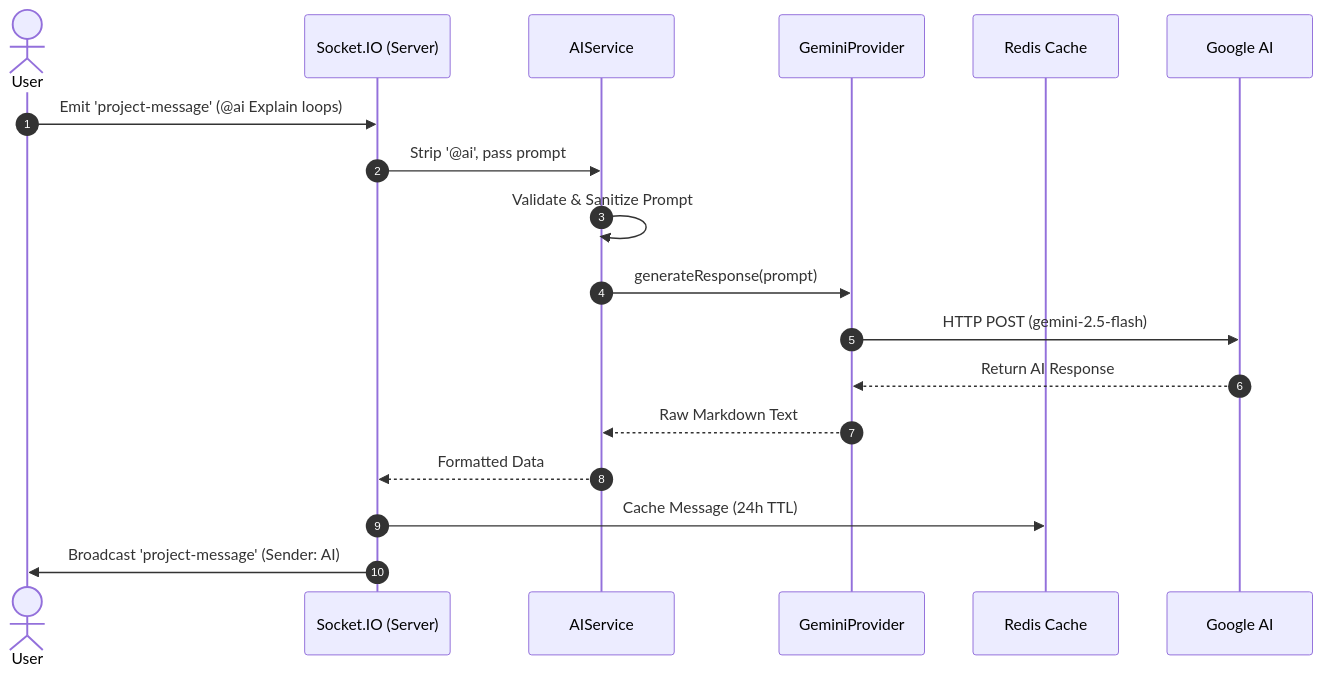
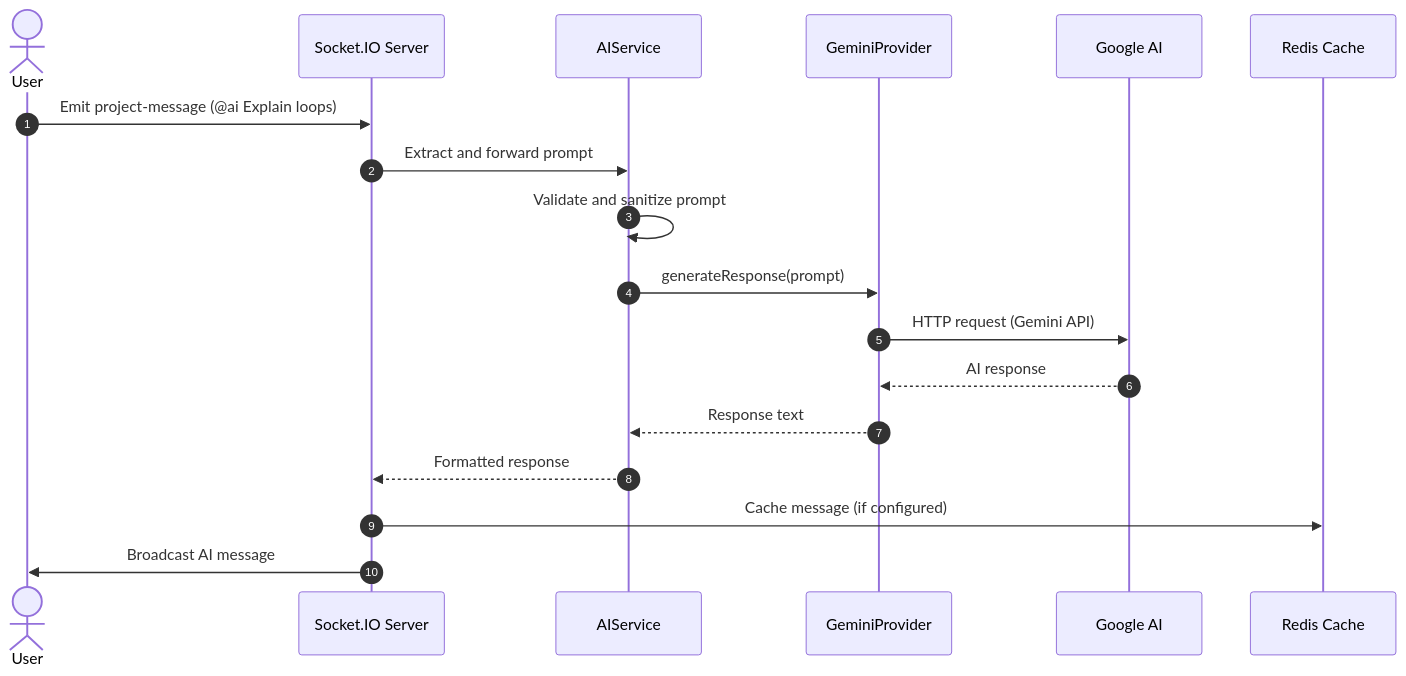
The second of 3 diagrams in README.md (Kunal-Bagul/CodeCrew), drawn with Mermaid before and after one commit. The commit also changed other lines of this file, not shown here.

````diff
--- a/README.md
+++ b/README.md
@@ -98,20 +126,21 @@
 ```mermaid
 sequenceDiagram
     autonumber
     actor User
-    participant Socket as Socket.IO (Server)
+    participant Socket as Socket.IO Server
     participant AISvc as AIService
     participant Gemini as GeminiProvider
+    participant Google as Google AI
     participant Redis as Redis Cache
-    
-    User->>Socket: Emit 'project-message' (@ai Explain loops)
-    Socket->>AISvc: Strip '@ai', pass prompt
-    AISvc->>AISvc: Validate & Sanitize Prompt
+
+    User->>Socket: Emit project-message (@ai Explain loops)
+    Socket->>AISvc: Extract and forward prompt
+    AISvc->>AISvc: Validate and sanitize prompt
     AISvc->>Gemini: generateResponse(prompt)
-    Gemini->>Google AI: HTTP POST (gemini-2.5-flash)
-    Google AI-->>Gemini: Return AI Response
-    Gemini-->>AISvc: Raw Markdown Text
-    AISvc-->>Socket: Formatted Data
-    Socket->>Redis: Cache Message (24h TTL)
-    Socket->>User: Broadcast 'project-message' (Sender: AI)
+    Gemini->>Google: HTTP request (Gemini API)
+    Google-->>Gemini: AI response
+    Gemini-->>AISvc: Response text
+    AISvc-->>Socket: Formatted response
+    Socket->>Redis: Cache message (if configured)
+    Socket->>User: Broadcast AI message
 ```
````
